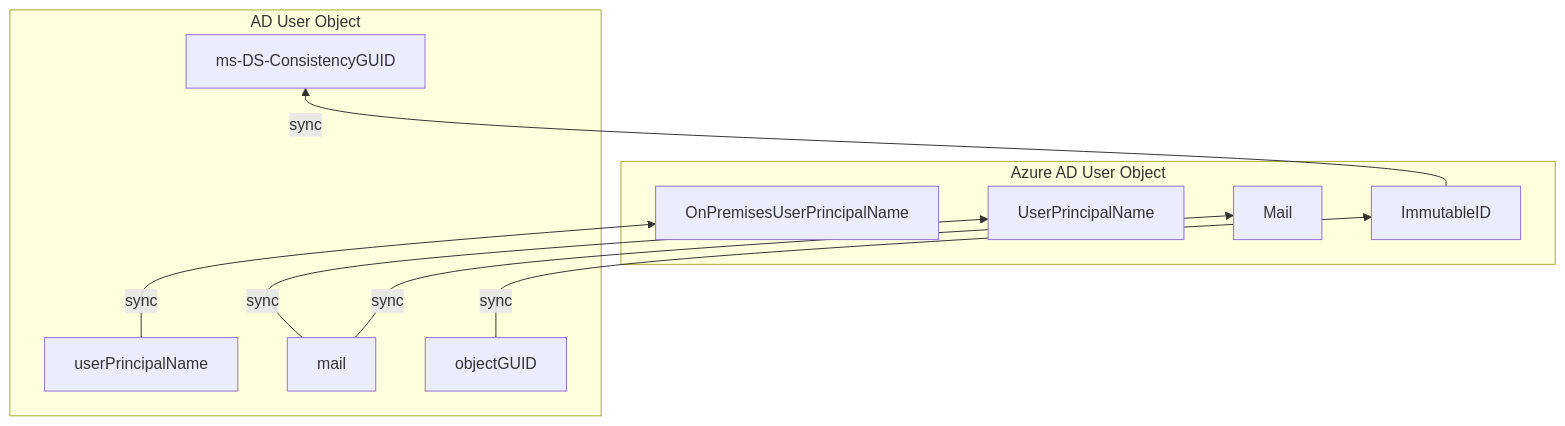
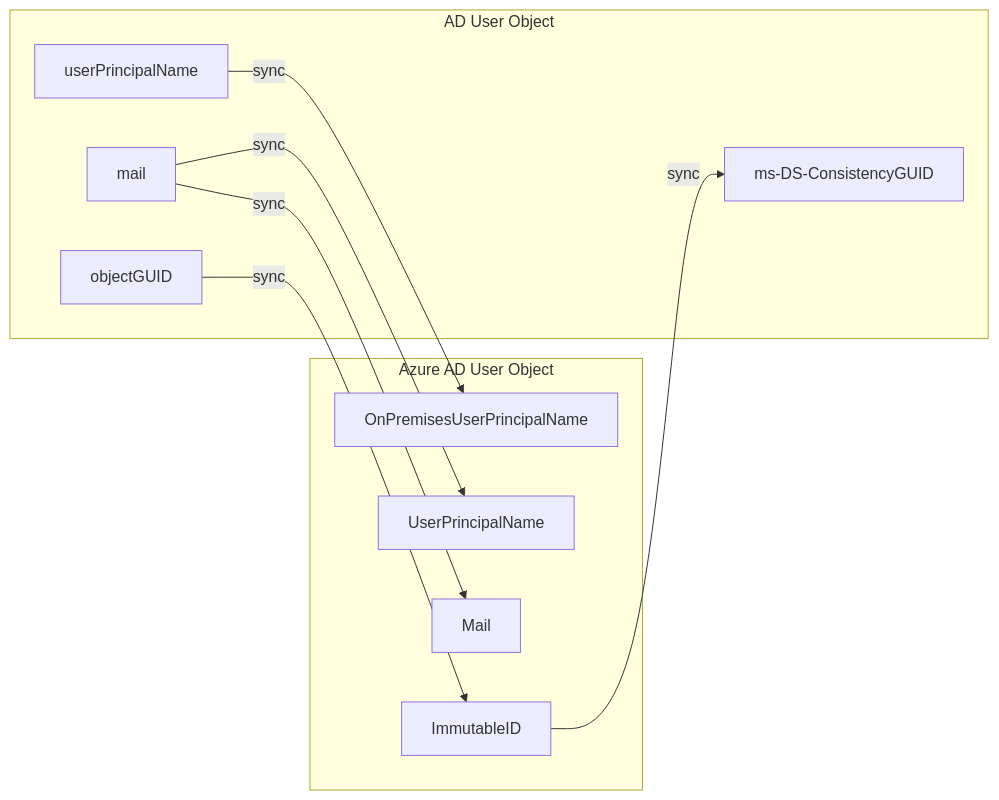
The diagram in doc/AAD-CertificateBasedAuthentication-DODPKI.md (amasse3/AzureAD-Baseline-MLZ), drawn with Mermaid before and after one commit.

Commit message:
update to LR

`````diff
--- a/doc/AAD-CertificateBasedAuthentication-DODPKI.md
+++ b/doc/AAD-CertificateBasedAuthentication-DODPKI.md
@@ -28,21 +28,21 @@
 ````mermaid
-flowchart BT
+flowchart LR
     subgraph Azure AD User Object
     UserPrincipalName
     OnPremisesUserPrincipalName
     Mail
     ImmutableID
     end
     ImmutableID--sync-->ms-DS-ConsistencyGUID
     subgraph AD User Object
     userPrincipalName
     mail
     objectGUID
     ms-DS-ConsistencyGUID
     end
     userPrincipalName--sync-->OnPremisesUserPrincipalName
     mail--sync-->UserPrincipalName
     mail--sync-->Mail
     objectGUID--sync-->ImmutableID
     
 ````
`````
